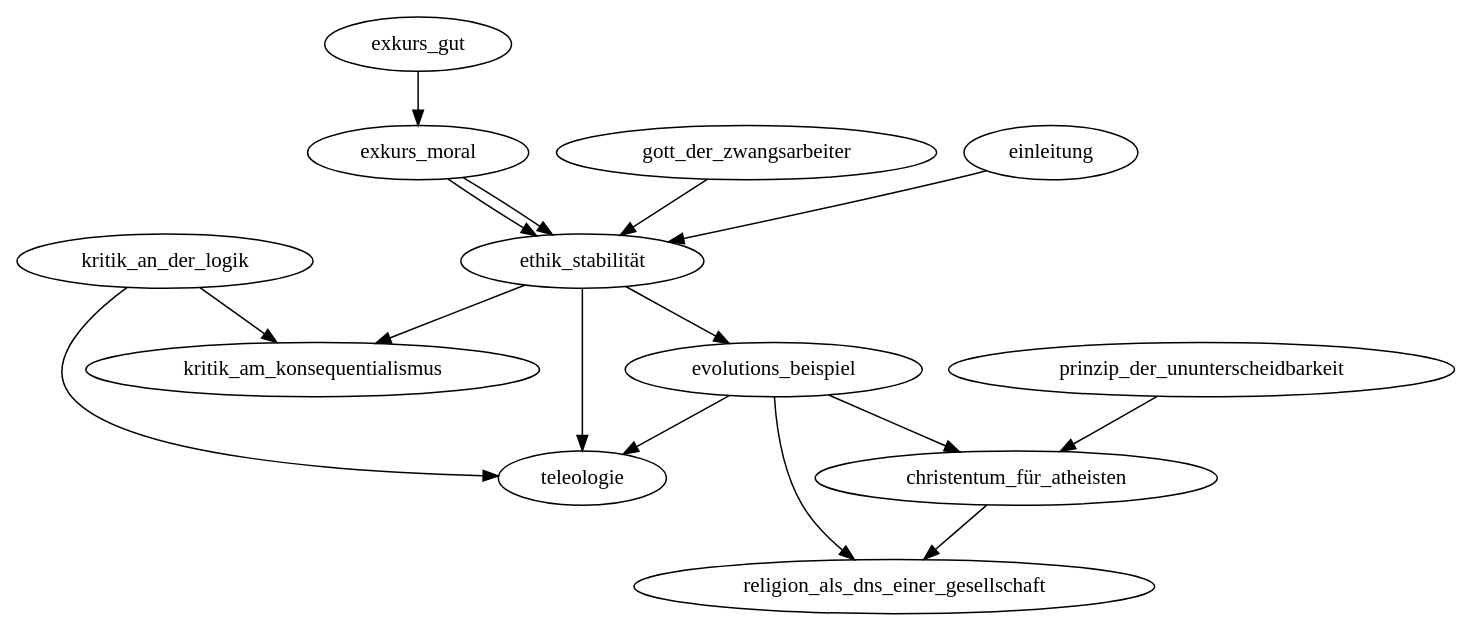
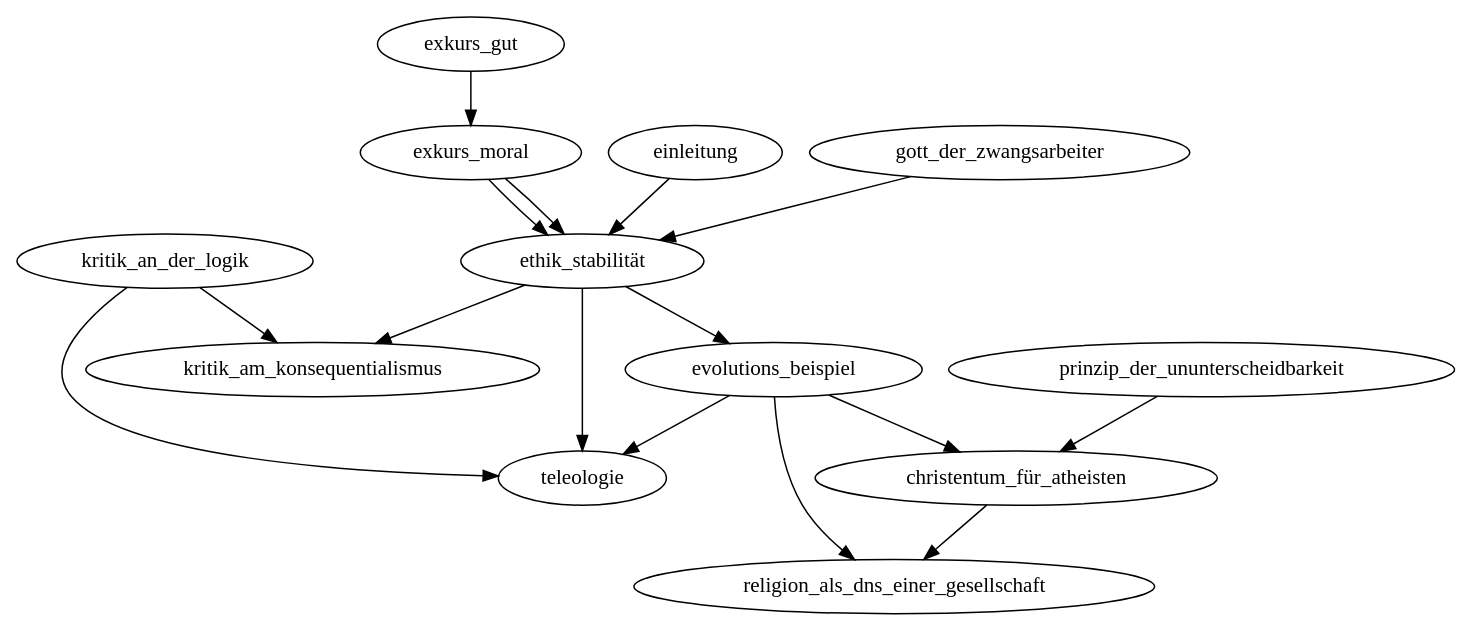
Before and after one commit to risajef/risajef.github.io: the diagram in graph.dot, drawn with Graphviz. The commit also changed other lines of this file and 9 other files, not shown here.

```diff
--- a/graph.dot
+++ b/graph.dot
@@ -1,18 +1,18 @@
 digraph Dependencies {
-	"exkurs_moral" -> "ethik_stabilität";
+	"christentum_für_atheisten" -> "religion_als_dns_einer_gesellschaft";
 	"evolutions_beispiel" -> "christentum_für_atheisten";
 	"evolutions_beispiel" -> "teleologie";
 	"exkurs_gut" -> "exkurs_moral";
-	"gott_der_zwangsarbeiter" -> "ethik_stabilität";
+	"exkurs_moral" -> "ethik_stabilität";
+	"einleitung";
+	"ethik_stabilität" -> "kritik_am_konsequentialismus";
+	"kritik_an_der_logik" -> "kritik_am_konsequentialismus";
+	"kritik_an_der_logik" -> "teleologie";
 	"prinzip_der_ununterscheidbarkeit" -> "christentum_für_atheisten";
-	"christentum_für_atheisten" -> "religion_als_dns_einer_gesellschaft";
-	"einleitung";
 	"evolutions_beispiel" -> "religion_als_dns_einer_gesellschaft";
 	"ethik_stabilität" -> "teleologie";
 	"ethik_stabilität" -> "evolutions_beispiel";
 	"exkurs_moral" -> "ethik_stabilität";
 	"einleitung" -> "ethik_stabilität";
-	"ethik_stabilität" -> "kritik_am_konsequentialismus";
-	"kritik_an_der_logik" -> "teleologie";
-	"kritik_an_der_logik" -> "kritik_am_konsequentialismus";
+	"gott_der_zwangsarbeiter" -> "ethik_stabilität";
 }
```
